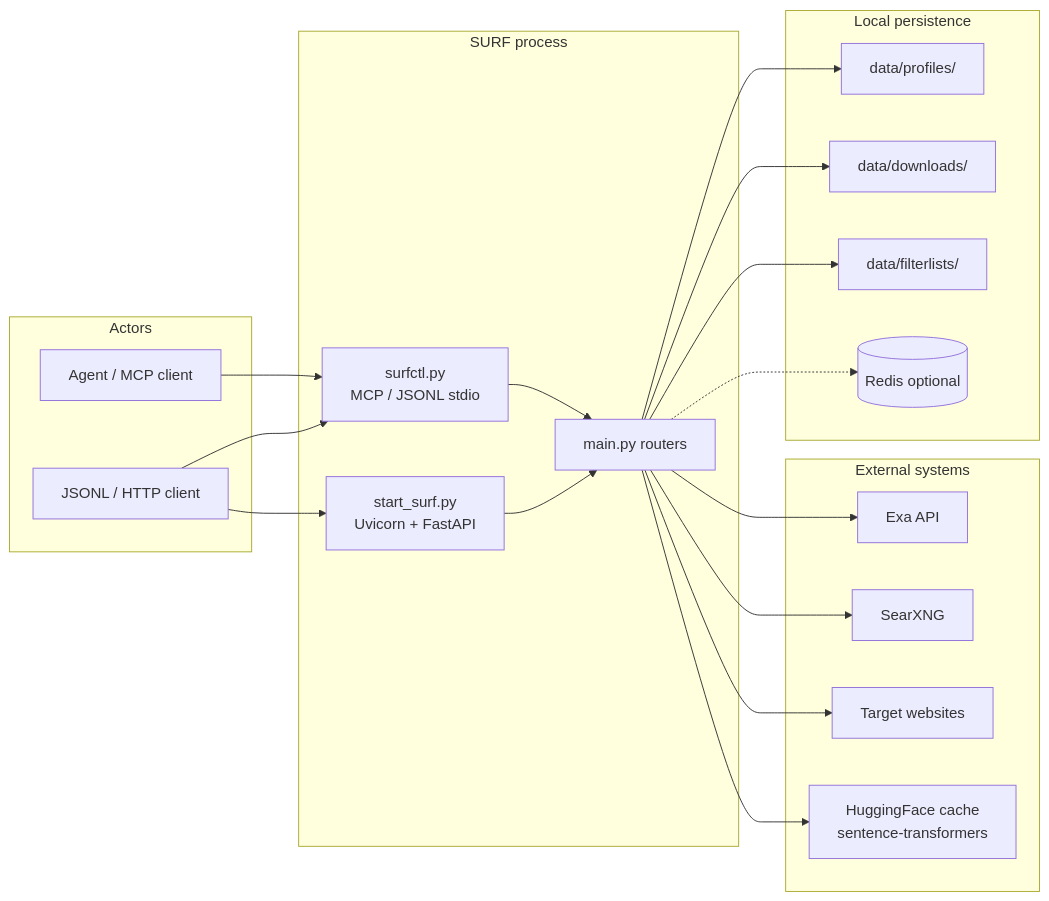
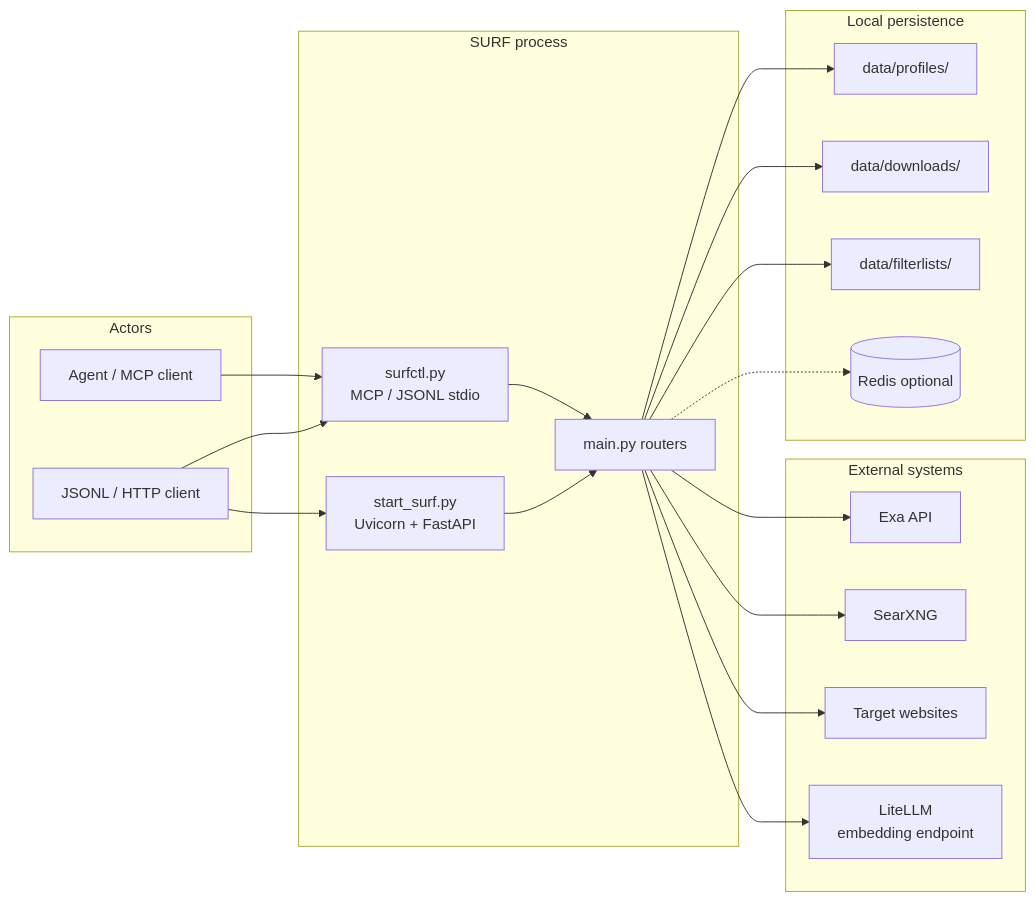
The first of 7 diagrams in ARCHITECTURE.md (nomadbarefoot/SURF), drawn with Mermaid before and after one commit. The commit also changed other lines of this file and 12 other files, not shown here.

Commit message:
Route semantic embeddings through LiteLLM

````diff
--- a/ARCHITECTURE.md
+++ b/ARCHITECTURE.md
@@ -7,41 +7,41 @@
 ```mermaid
 flowchart LR
   subgraph Actors
     Agent["Agent / MCP client"]
     Script["JSONL / HTTP client"]
   end
 
   subgraph SURF["SURF process"]
     Bridge["surfctl.py<br/>MCP / JSONL stdio"]
     HTTP["start_surf.py<br/>Uvicorn + FastAPI"]
     App["main.py routers"]
   end
 
   subgraph External["External systems"]
     Exa["Exa API"]
     SX["SearXNG"]
     Web["Target websites"]
-    HF["HuggingFace cache<br/>sentence-transformers"]
+    LiteLLM["LiteLLM<br/>embedding endpoint"]
   end
 
   subgraph Persist["Local persistence"]
     Profiles["data/profiles/"]
     Downloads["data/downloads/"]
     Filters["data/filterlists/"]
     Redis[("Redis optional")]
   end
 
   Agent --> Bridge
   Script --> Bridge
   Script --> HTTP
   Bridge --> App
   HTTP --> App
   App --> Exa
   App --> SX
   App --> Web
-  App --> HF
+  App --> LiteLLM
   App --> Profiles
   App --> Downloads
   App --> Filters
   App -.-> Redis
 ```
````
